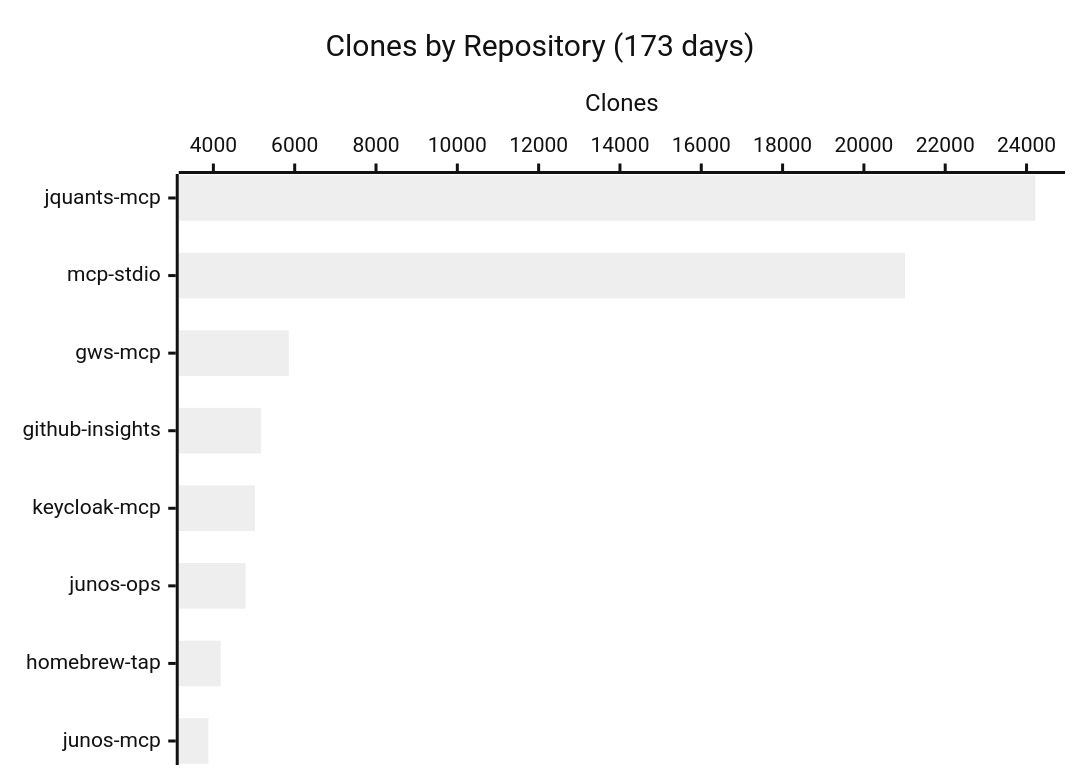
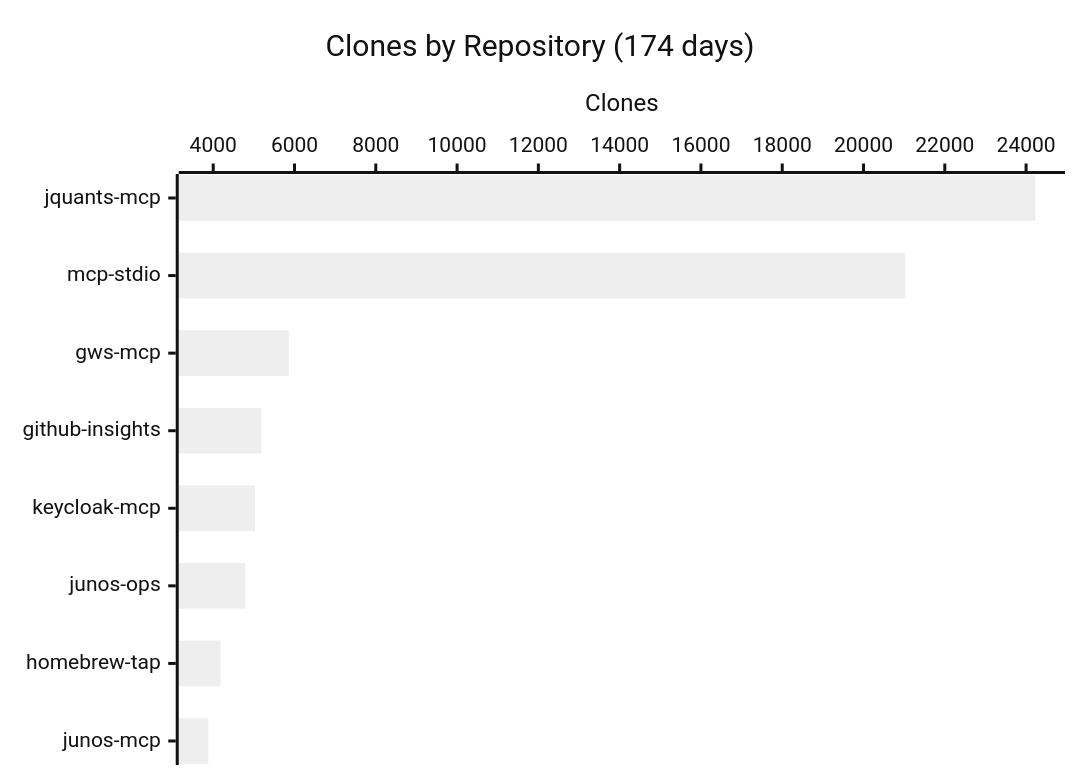
The fourth of 4 diagrams in README.md (shigechika/github-insights), drawn with Mermaid (neutral theme) before and after one commit. The commit also changed other lines of this file and 2 other files, not shown here.

````diff
--- a/README.md
+++ b/README.md
@@ -58,7 +58,7 @@
 ```mermaid
 xychart-beta horizontal
-    title "Clones by Repository (173 days)"
+    title "Clones by Repository (174 days)"
     x-axis ["jquants-mcp", "mcp-stdio", "gws-mcp", "github-insights", "keycloak-mcp", "junos-ops", "homebrew-tap", "junos-mcp"]
     y-axis "Clones"
-    bar [24218, 21013, 5855, 5173, 5021, 4792, 4180, 3876]
+    bar [24229, 21026, 5858, 5185, 5027, 4792, 4180, 3880]
 ```
````
